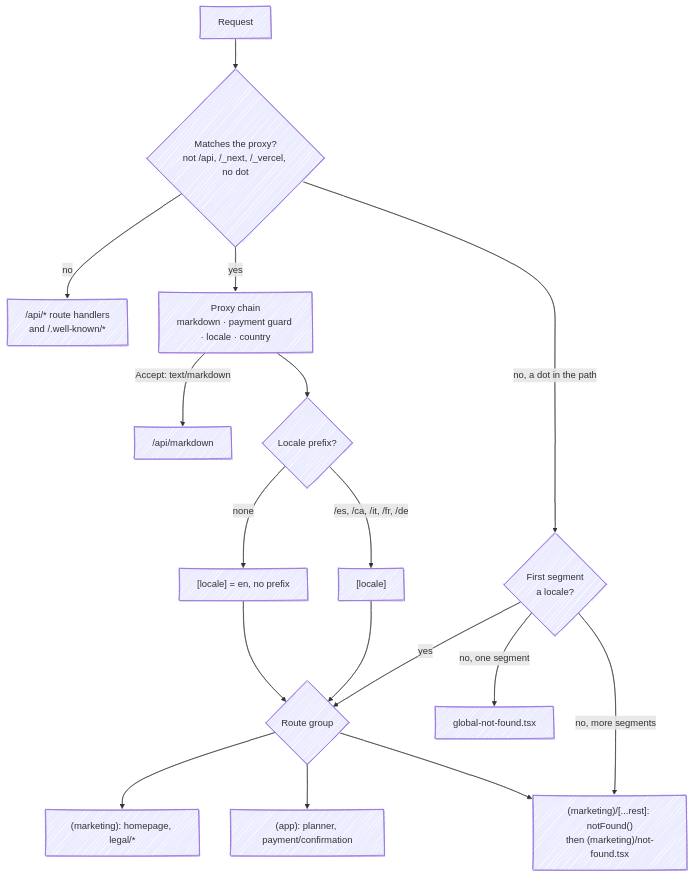
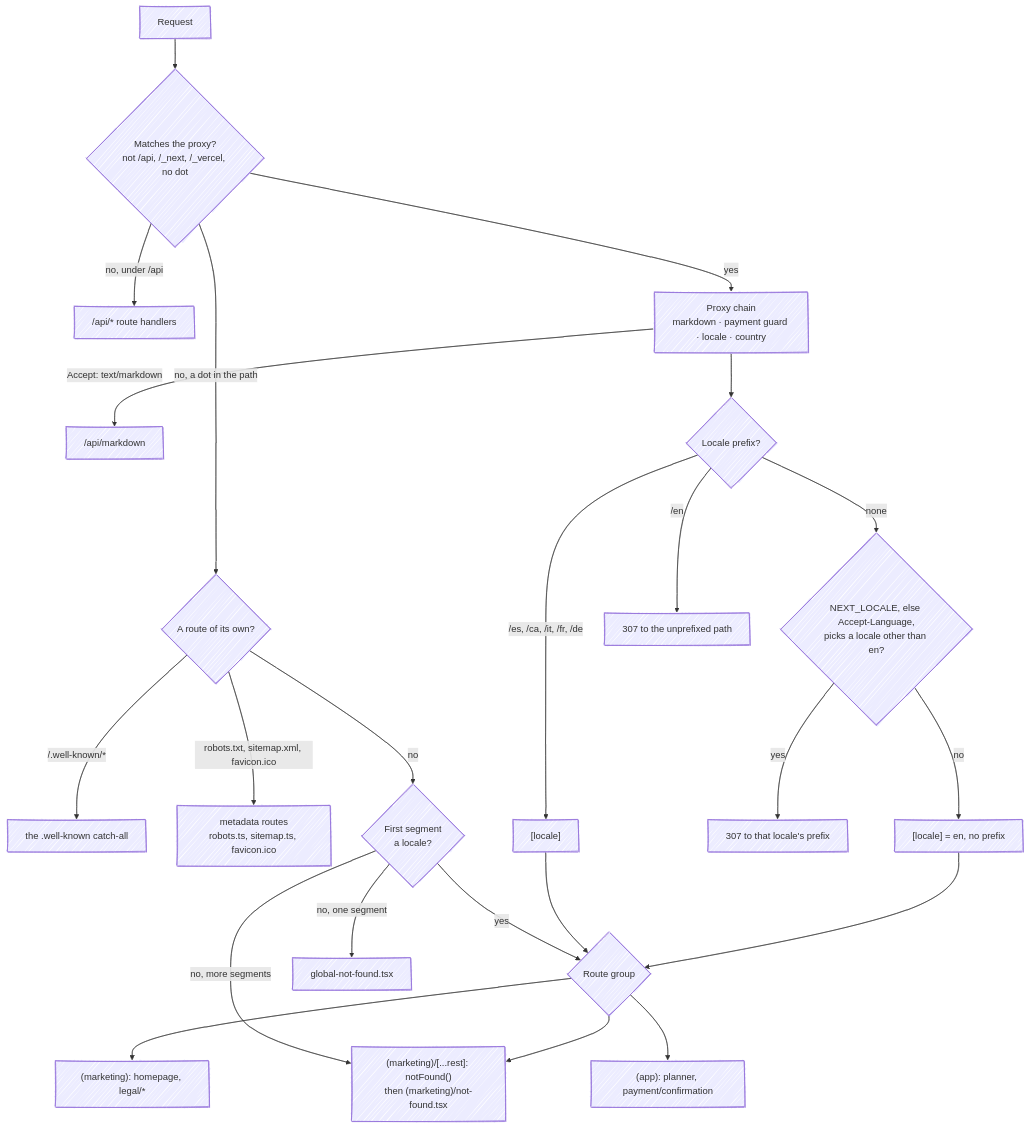
One commit to fbuireu/forever-pto changed the diagram in apps/docs/src/content/docs/architecture/routing.mdx. Above: the diagram before and after it, drawn with Mermaid. The commit also changed other lines of this file and 21 other files, not shown here.

````diff
--- a/apps/docs/src/content/docs/architecture/routing.mdx
+++ b/apps/docs/src/content/docs/architecture/routing.mdx
@@ -37,23 +37,29 @@
 ```mermaid
 ---
 config:
   look: handDrawn
   layout: dagre
 ---
 flowchart TD
   REQ[Request] --> M{"Matches the proxy?<br/>not /api, /_next, /_vercel, no dot"}
-  M -- no --> API["/api/* route handlers<br/>and /.well-known/*"]
-  M -- "no, a dot in the path" --> DOT{"First segment<br/>a locale?"}
-  M -- yes --> PX[Proxy chain<br/>markdown · payment guard · locale · country]
-  PX -->|Accept: text/markdown| MD["/api/markdown"]
+  M -- "no, under /api" --> API["/api/* route handlers"]
+  M -- "no, a dot in the path" --> OWN{"A route of its own?"}
+  OWN -- "/.well-known/*" --> WK["the .well-known catch-all"]
+  OWN -- "robots.txt, sitemap.xml, favicon.ico" --> META["metadata routes<br/>robots.ts, sitemap.ts, favicon.ico"]
+  OWN -- no --> DOT{"First segment<br/>a locale?"}
+  M -- yes --> PX["Proxy chain<br/>markdown · payment guard · locale · country"]
+  PX -->|"Accept: text/markdown"| MD["/api/markdown"]
   PX --> LOC{Locale prefix?}
-  LOC -->|none| EN["[locale] = en, no prefix"]
+  LOC -->|none| NEG{"NEXT_LOCALE, else Accept-Language,<br/>picks a locale other than en?"}
+  NEG -- no --> EN["[locale] = en, no prefix"]
+  NEG -- yes --> RD["307 to that locale's prefix"]
+  LOC -->|"/en"| ST["307 to the unprefixed path"]
   LOC -->|"/es, /ca, /it, /fr, /de"| L["[locale]"]
   EN & L --> G{Route group}
   G --> MK["(marketing): homepage, legal/*"]
   G --> AP["(app): planner, payment/confirmation"]
   G --> CA["(marketing)/[...rest]: notFound()<br/>then (marketing)/not-found.tsx"]
   DOT -- yes --> G
   DOT -- "no, one segment" --> GNF[global-not-found.tsx]
   DOT -- "no, more segments" --> CA
 ```
````
